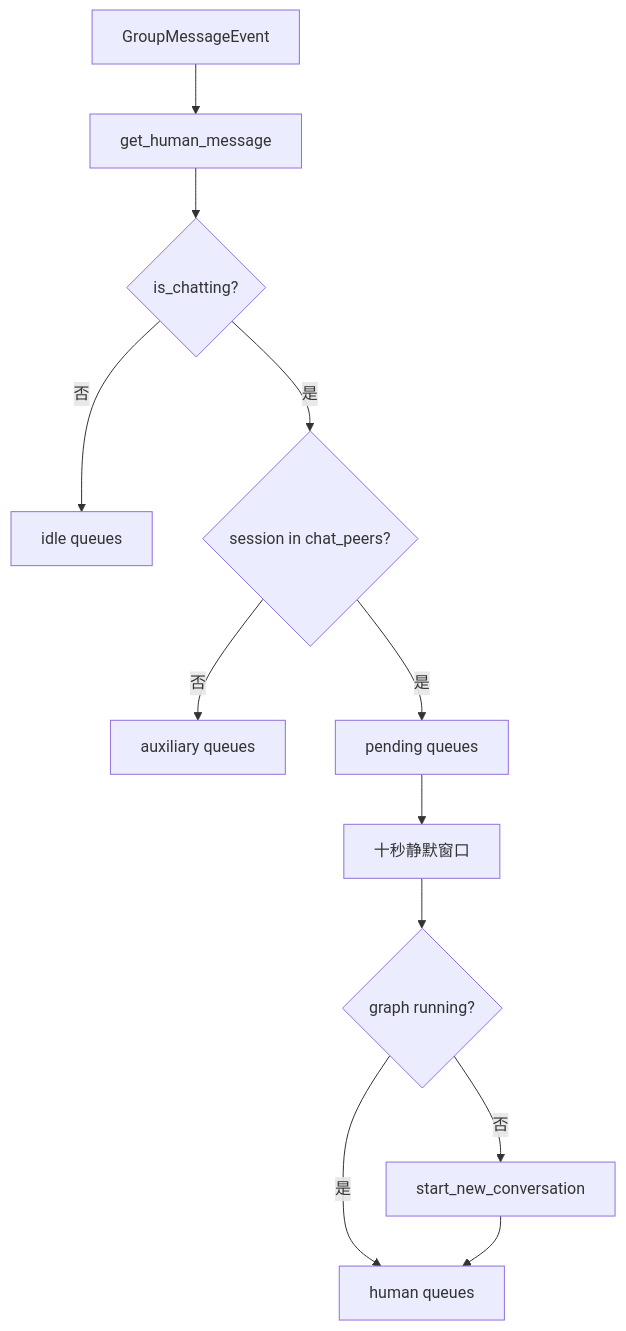
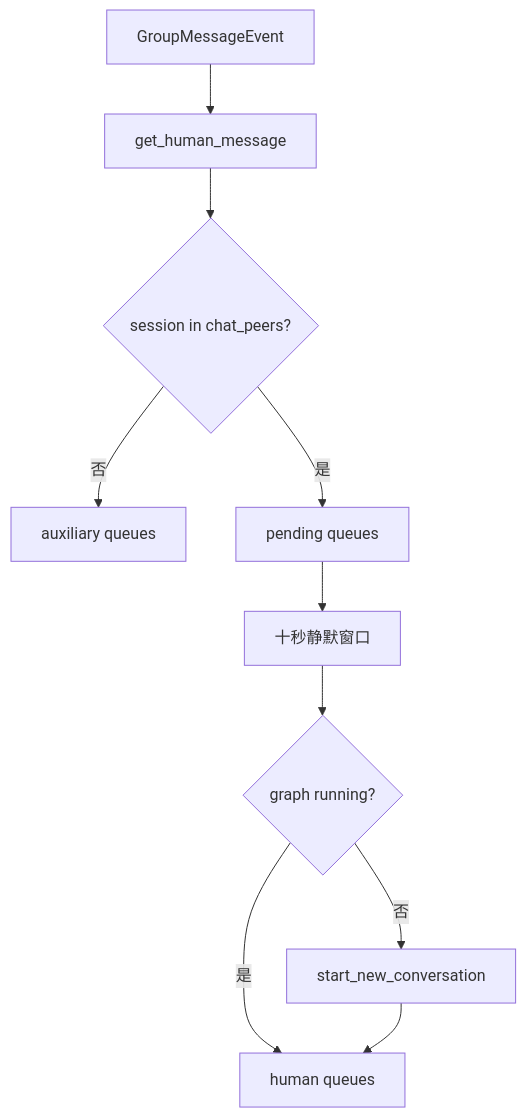
The fourth of 10 diagrams in docs/arch.md (ATreep/hatsume-qq-bot), drawn with Mermaid before and after one commit. The commit also changed other lines of this file and 9 other files, not shown here.

```diff
--- a/docs/arch.md
+++ b/docs/arch.md
@@ -192,14 +192,12 @@
 ~~~mermaid
 flowchart TD
     Event[GroupMessageEvent] --> Parse[get_human_message]
-    Parse --> Active{is_chatting?}
-    Active -- 否 --> Idle[idle queues]
-    Active -- 是 --> Peer{session in chat_peers?}
+    Parse --> Peer{session in chat_peers?}
     Peer -- 否 --> Aux[auxiliary queues]
     Peer -- 是 --> Pending[pending queues]
     Pending --> Debounce[十秒静默窗口]
     Debounce --> Running{graph running?}
     Running -- 是 --> HumanQ[human queues]
     Running -- 否 --> Start[start_new_conversation]
     Start --> HumanQ
 ~~~
```
